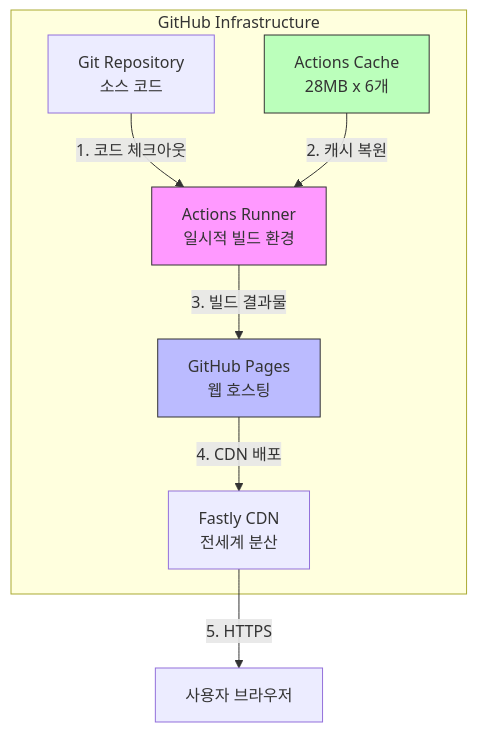
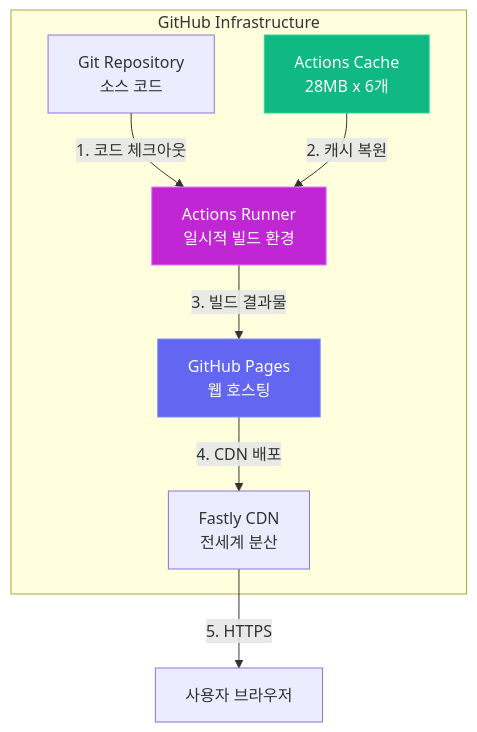
Before and after one commit to Romantic-Coders/romantic-coders.github.io: the fifth of 6 diagrams in _posts/2026-01-11-understanding-github-actions-ecosystem.md, drawn with Mermaid. The commit also changed 2 other files, not shown here.

Commit message:
Add Mermaid dark theme configuration
- Add global mermaid dark theme in assets/js/mermaid-init.js
- Configure mermaid with base theme for full color control
- Set all text colors to white (#ffffff) for high contrast
- Update blog post diagram styles for better readability
- Load mermaid-init.js via _config.yml head_scripts

🤖 Generated with [Claude Code](https://claude.com/claude-code)

````diff
--- a/_posts/2026-01-11-understanding-github-actions-ecosystem.md
+++ b/_posts/2026-01-11-understanding-github-actions-ecosystem.md
@@ -424,20 +424,20 @@
 ```mermaid
 graph TB
     subgraph "GitHub Infrastructure"
         A[Git Repository<br/>소스 코드]
         B[Actions Cache<br/>28MB x 6개]
         C[Actions Runner<br/>일시적 빌드 환경]
         D[GitHub Pages<br/>웹 호스팅]
         E[Fastly CDN<br/>전세계 분산]
     end
 
     A -->|1. 코드 체크아웃| C
     B -->|2. 캐시 복원| C
     C -->|3. 빌드 결과물| D
     D -->|4. CDN 배포| E
     E -->|5. HTTPS| F[사용자 브라우저]
 
-    style C fill:#f9f,stroke:#333
-    style D fill:#bbf,stroke:#333
-    style B fill:#bfb,stroke:#333
+    style C fill:#c026d3,stroke:#e879f9,color:#ffffff
+    style D fill:#6366f1,stroke:#818cf8,color:#ffffff
+    style B fill:#10b981,stroke:#34d399,color:#ffffff
 ```
````
